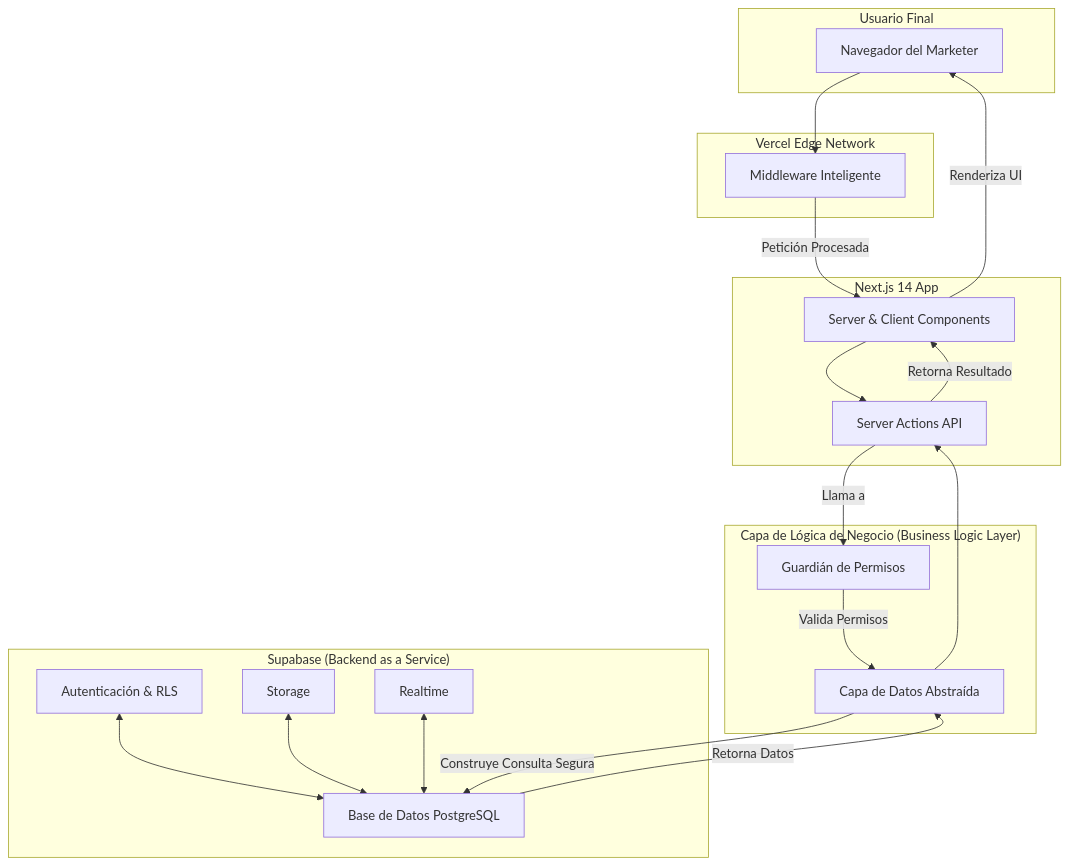
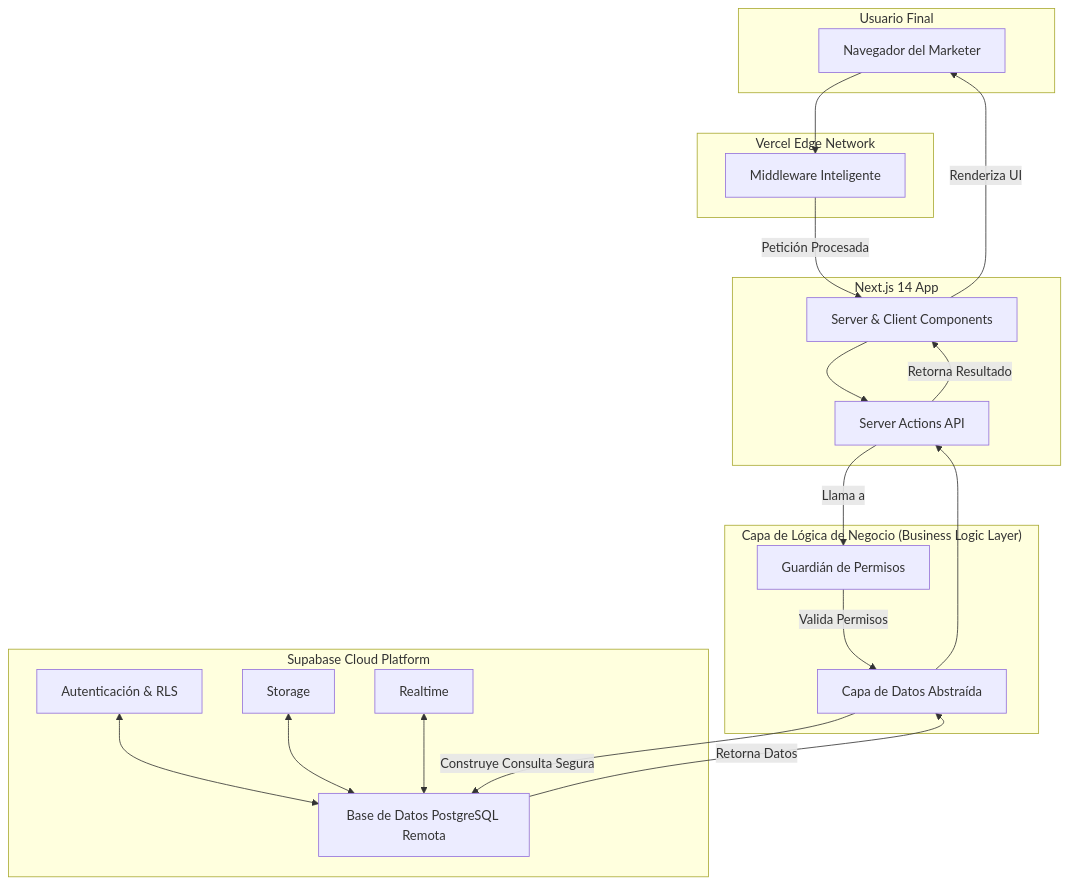
Before and after one commit to razpodesta/marketing-afiliados: the diagram in README.md, drawn with Mermaid. The commit also changed other lines of this file and 74 other files, not shown here.

````diff
--- a/README.md
+++ b/README.md
@@ -71,42 +77,42 @@
 ```mermaid
 graph TD
     subgraph "Usuario Final"
         A[Navegador del Marketer]
     end
 
     subgraph "Vercel Edge Network"
         B[Middleware Inteligente]
     end
 
     subgraph "Next.js 14 App"
         C[Server & Client Components]
         D[Server Actions API]
     end
 
     subgraph "Capa de Lógica de Negocio (Business Logic Layer)"
         E[Guardián de Permisos]
         F[Capa de Datos Abstraída]
     end
 
-    subgraph "Supabase (Backend as a Service)"
-        G[Base de Datos PostgreSQL]
+    subgraph "Supabase Cloud Platform"
+        G[Base de Datos PostgreSQL Remota]
         H[Autenticación & RLS]
         I[Storage]
         J[Realtime]
     end
 
     A --> B
     B -- Petición Procesada --> C
     C --> D
     D -- Llama a --> E
     E -- Valida Permisos --> F
     F -- Construye Consulta Segura --> G
     G -- Retorna Datos --> F
     F --> D
     D -- Retorna Resultado --> C
     C -- Renderiza UI --> A
 
     H <--> G
     I <--> G
     J <--> G
 ```
````
